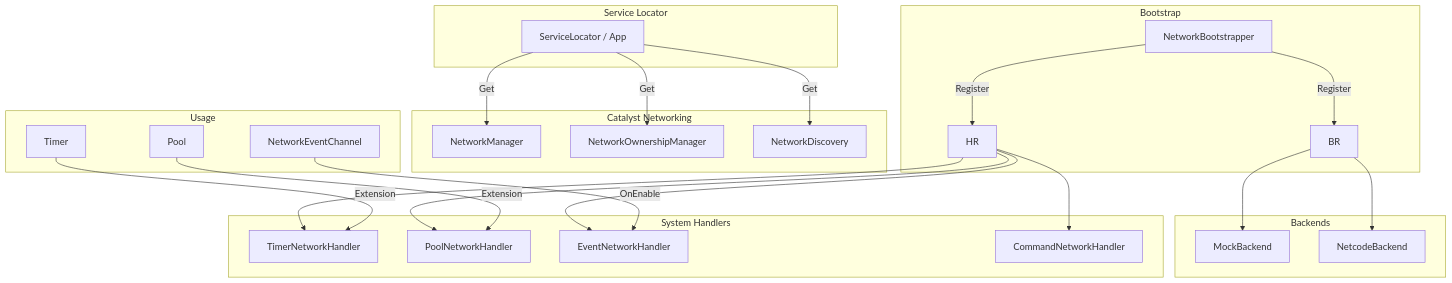
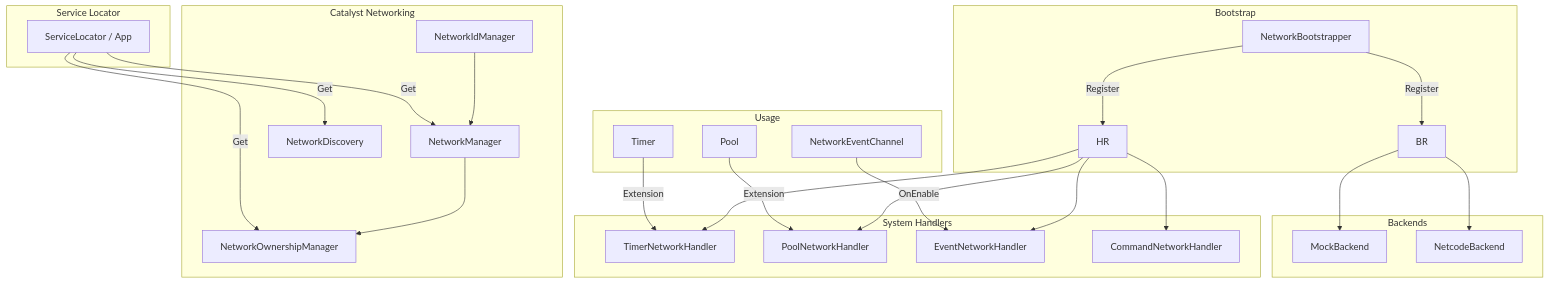
One commit to eraflo/Catalyst changed the first of 5 diagrams in Documentation~/Modules/Networking.md. Above: the diagram before and after it, drawn with Mermaid. The commit also changed other lines of this file and 38 other files, not shown here.

````diff
--- a/Documentation~/Modules/Networking.md
+++ b/Documentation~/Modules/Networking.md
@@ -7,39 +7,42 @@
 ```mermaid
 graph TB
     subgraph "Service Locator"
         SL["ServiceLocator / App"]
     end
 
     subgraph "Bootstrap"
         NB[NetworkBootstrapper]
         NB --> |Register| BR
         NB --> |Register| HR
     end
 
     subgraph "Catalyst Networking"
+        IM[NetworkIdManager]
         NM[NetworkManager]
         OM[NetworkOwnershipManager]
         ND[NetworkDiscovery]
+        IM --> NM
+        NM --> OM
     end
 
     subgraph "Backends"
         BR --> MB[MockBackend]
         BR --> NCB[NetcodeBackend]
     end
 
     subgraph "System Handlers"
         HR --> TH[TimerNetworkHandler]
         HR --> PH[PoolNetworkHandler]
         HR --> EH[EventNetworkHandler]
         HR --> CH[CommandNetworkHandler]
     end
 
     subgraph "Usage"
         SL -- "Get" --> NM
         SL -- "Get" --> OM
         SL -- "Get" --> ND
         T[Timer] --> |Extension| TH
         P[Pool] --> |Extension| PH
         E[NetworkEventChannel] --> |OnEnable| EH
     end
 ```
````
